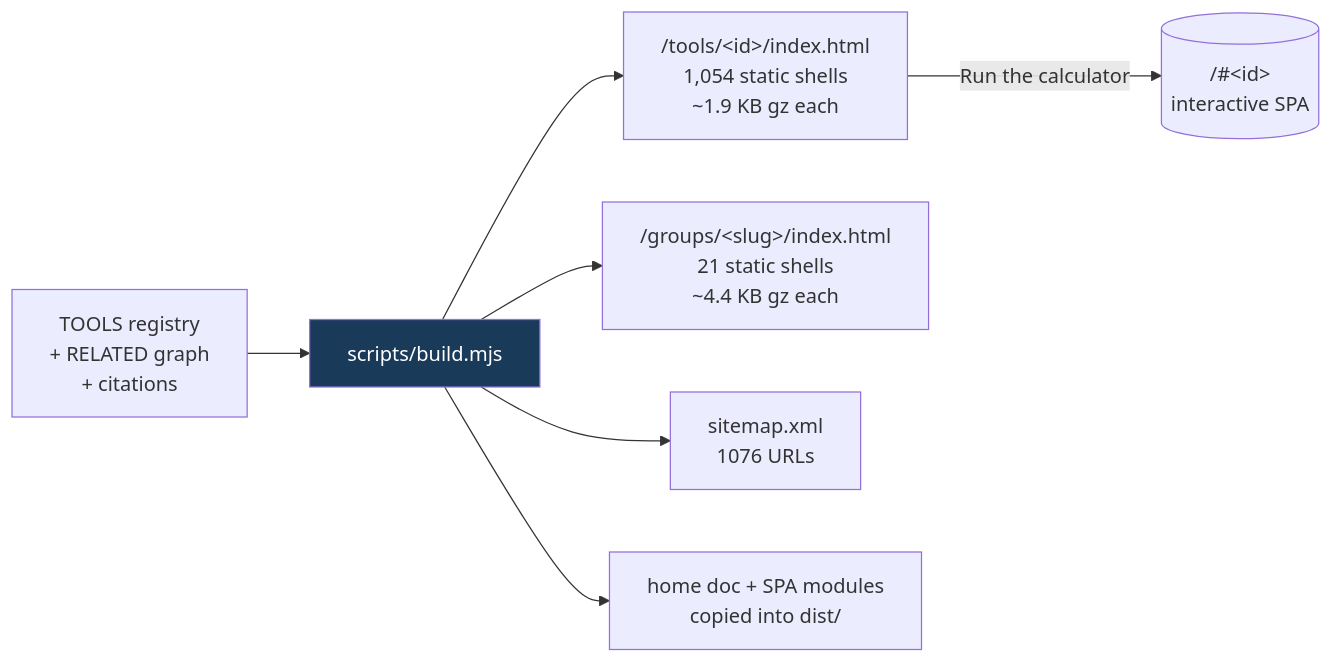
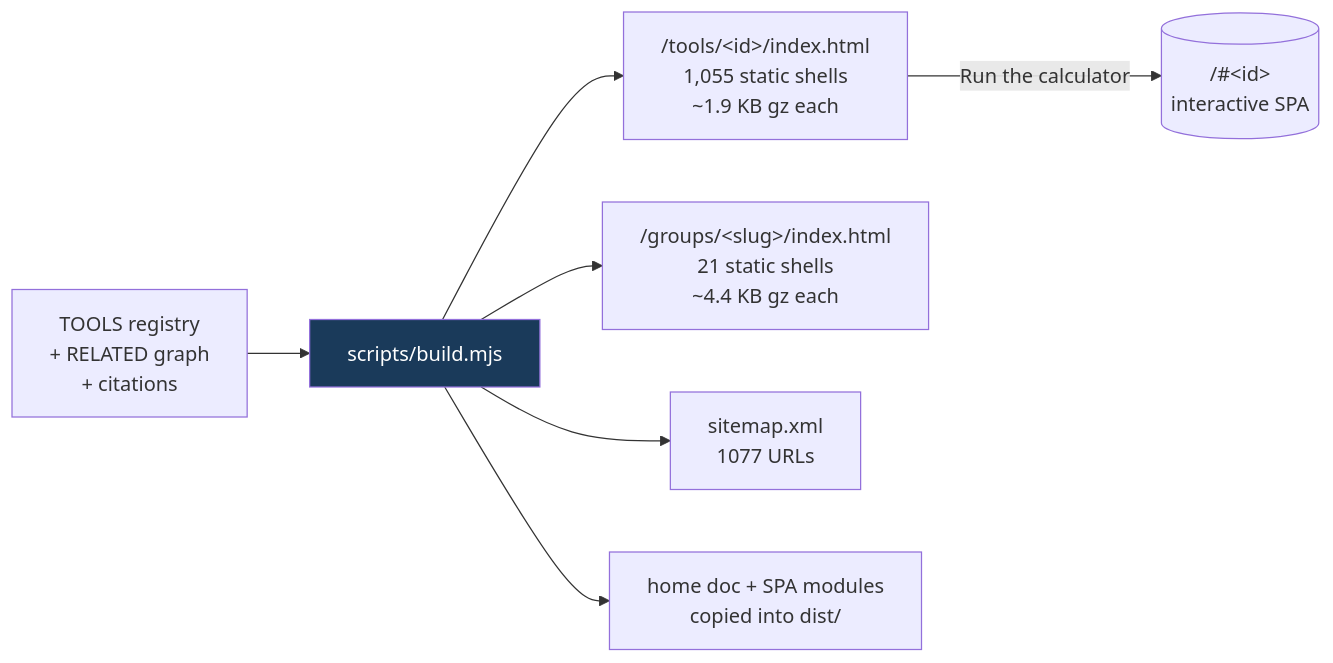
One commit to clay-good/roughlogic.com changed the fifth of 8 diagrams in README.md. Above: the diagram before and after it, drawn with Mermaid. The commit also changed other lines of this file and 14 other files, not shown here.

````diff
--- a/README.md
+++ b/README.md
@@ -495,10 +495,10 @@
 ```mermaid
 flowchart LR
     SRC[TOOLS registry\n+ RELATED graph\n+ citations] --> BUILD[scripts/build.mjs]
-    BUILD --> TILE["/tools/&lt;id&gt;/index.html\n1,054 static shells\n~1.9 KB gz each"]
+    BUILD --> TILE["/tools/&lt;id&gt;/index.html\n1,055 static shells\n~1.9 KB gz each"]
     BUILD --> GROUP["/groups/&lt;slug&gt;/index.html\n21 static shells\n~4.4 KB gz each"]
-    BUILD --> MAP["sitemap.xml\n1076 URLs"]
+    BUILD --> MAP["sitemap.xml\n1077 URLs"]
     BUILD --> COPY[home doc + SPA modules\ncopied into dist/]
     TILE -->|Run the calculator| SPA[("/#&lt;id&gt;\ninteractive SPA")]
     style BUILD fill:#1a3a5a,color:#fff
 ```
````
